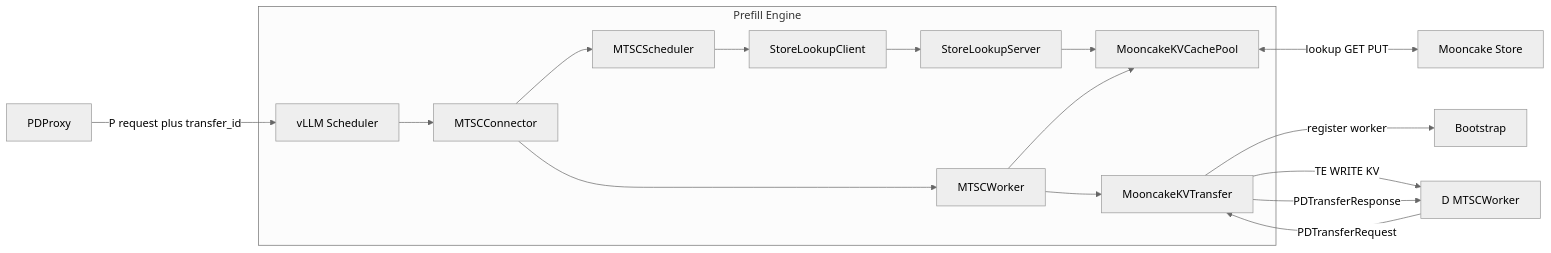
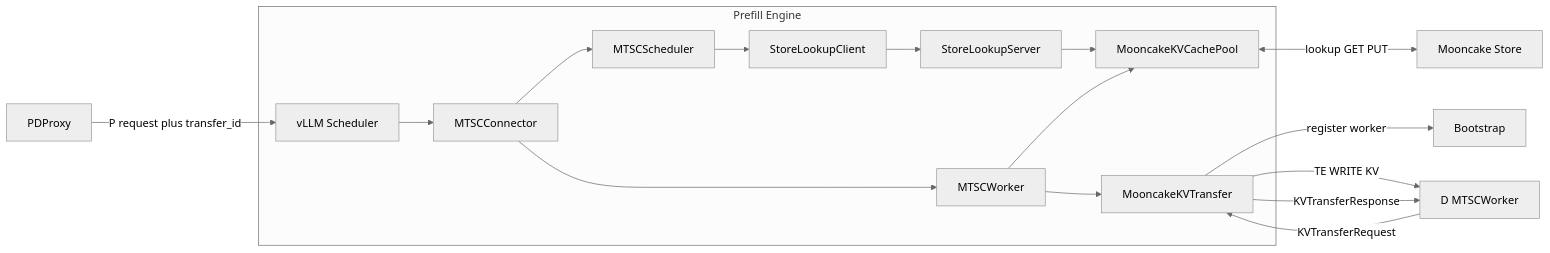
Before and after one commit to WangSu-X/MTSC: the first of 4 diagrams in docs/design/S02-prefill设计.md, drawn with Mermaid (neutral theme). The commit also changed other lines of this file and 16 other files, not shown here.

````diff
--- a/docs/design/S02-prefill设计.md
+++ b/docs/design/S02-prefill设计.md
@@ -72,21 +72,21 @@
 ```mermaid
 flowchart LR
     X[PDProxy] -->|P request plus transfer_id| VS[vLLM Scheduler]
 
     subgraph P[Prefill Engine]
         VS --> C[MTSCConnector]
         C --> S[MTSCScheduler]
         C --> W[MTSCWorker]
         S --> LC[StoreLookupClient]
         W --> SI[MooncakeKVCachePool]
         W --> PD[MooncakeKVTransfer]
         LC --> LS[StoreLookupServer]
         LS --> SI
     end
 
     SI <-->|lookup GET PUT| MS[Mooncake Store]
     PD -->|register worker| B[Bootstrap]
-    D[D MTSCWorker] -->|PDTransferRequest| PD
+    D[D MTSCWorker] -->|KVTransferRequest| PD
     PD -->|TE WRITE KV| D
-    PD -->|PDTransferResponse| D
+    PD -->|KVTransferResponse| D
 ```
````
